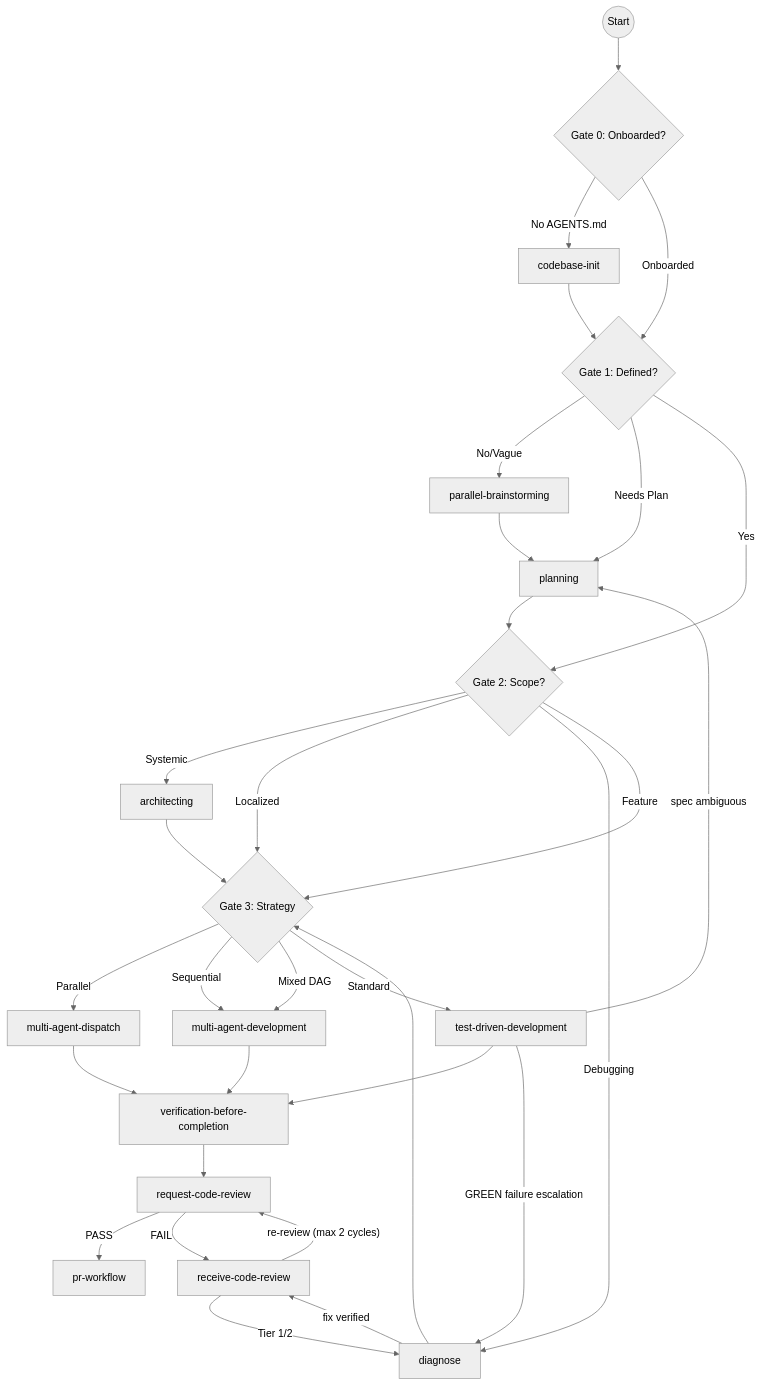
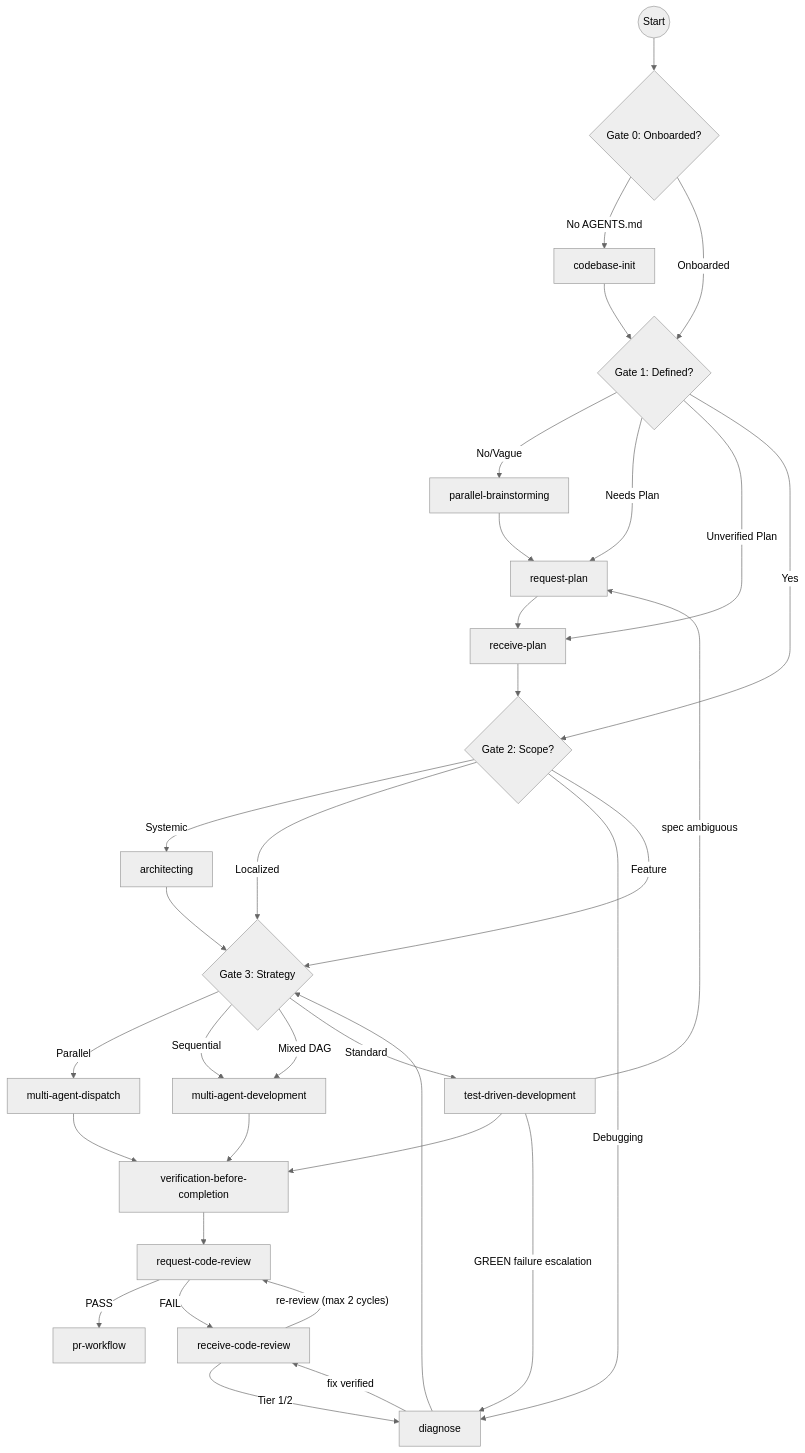
Before and after one commit to j0hanz/squad-agents: the diagram in skills/using-agent-sdlc-skills/references/lifecycle.md, drawn with Mermaid (neutral theme). The commit also changed other lines of this file and 27 other files, not shown here.

````diff
--- a/skills/using-agent-sdlc-skills/references/lifecycle.md
+++ b/skills/using-agent-sdlc-skills/references/lifecycle.md
@@ -5,39 +5,41 @@
 ```mermaid
 graph TD
     Start((Start)) --> G0{Gate 0: Onboarded?}
     G0 -- No AGENTS.md --> INIT[codebase-init]
     G0 -- Onboarded --> G1{Gate 1: Defined?}
     INIT --> G1
     G1 -- No/Vague --> B[parallel-brainstorming]
-    G1 -- Needs Plan --> P[planning]
+    G1 -- Needs Plan --> RQ[request-plan]
+    G1 -- Unverified Plan --> RC[receive-plan]
     G1 -- Yes --> G2{Gate 2: Scope?}
 
-    B --> P
-    P --> G2
+    B --> RQ
+    RQ --> RC
+    RC --> G2
 
     G2 -- Systemic --> ARC[architecting]
     G2 -- Localized --> G3{Gate 3: Strategy}
     G2 -- Debugging --> DIAG[diagnose]
     G2 -- Feature --> G3
 
     ARC --> G3
     DIAG --> G3
 
     G3 -- Parallel --> MAD[multi-agent-dispatch]
     G3 -- Sequential --> MDEV[multi-agent-development]
     G3 -- "Mixed DAG" --> MDEV
     G3 -- Standard --> TDD[test-driven-development]
 
     MAD --> V[verification-before-completion]
     MDEV --> V
     TDD --> V
 
     V --> RCR[request-code-review]
     RCR -- PASS --> SHIP[pr-workflow]
     RCR -- FAIL --> RECV[receive-code-review]
     RECV -- "Tier 1/2" --> DIAG
     DIAG -- "fix verified" --> RECV
     RECV -- "re-review (max 2 cycles)" --> RCR
     TDD -- "GREEN failure escalation" --> DIAG
-    TDD -- "spec ambiguous" --> P
+    TDD -- "spec ambiguous" --> RQ
 ```
````
